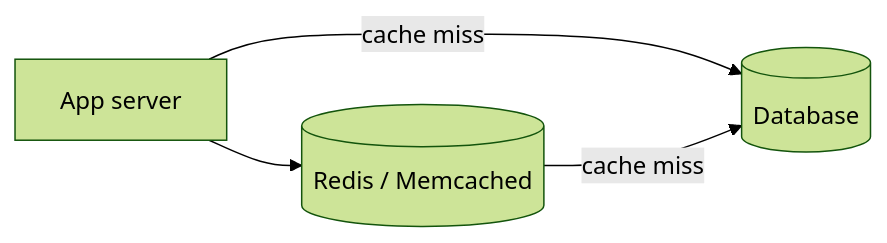
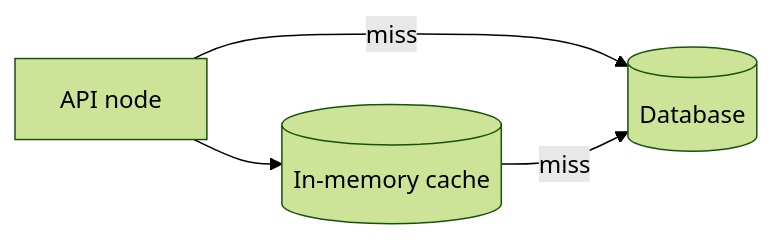
The fourth of 11 diagrams in _system_design/scalability.md (adnanrahin/adnanrahin.github.io), drawn with Mermaid (forest theme) before and after one commit. The commit also changed other lines of this file and 3 other files, not shown here.

````diff
--- a/_system_design/scalability.md
+++ b/_system_design/scalability.md
@@ -204,6 +183,6 @@
 ```mermaid
 flowchart LR
-    App[App server] --> Cache[(Redis / Memcached)]
-    App -->|cache miss| DB[(Database)]
-    Cache -->|cache miss| DB
+    API[API node] --> Cache[(In-memory cache)]
+    API -->|miss| DB[(Database)]
+    Cache -->|miss| DB
 ```
````
